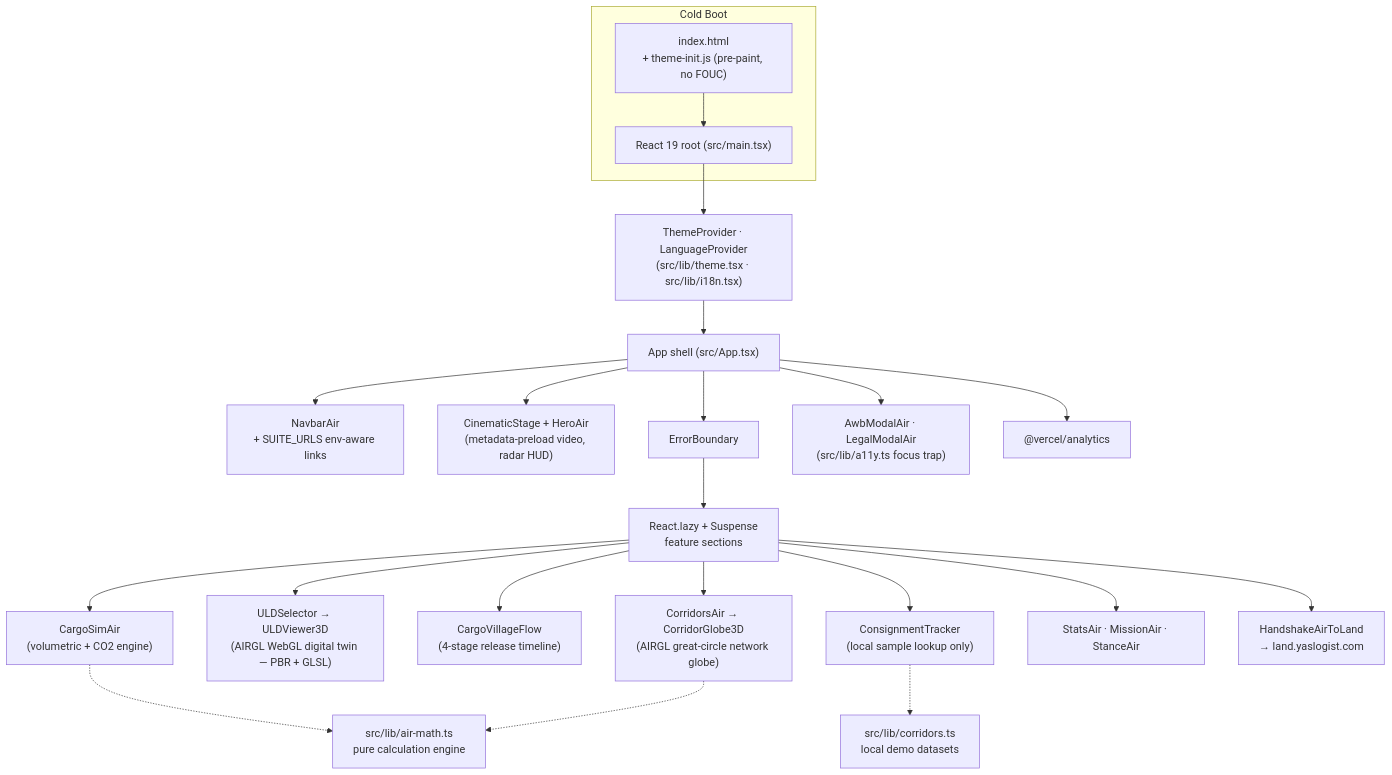
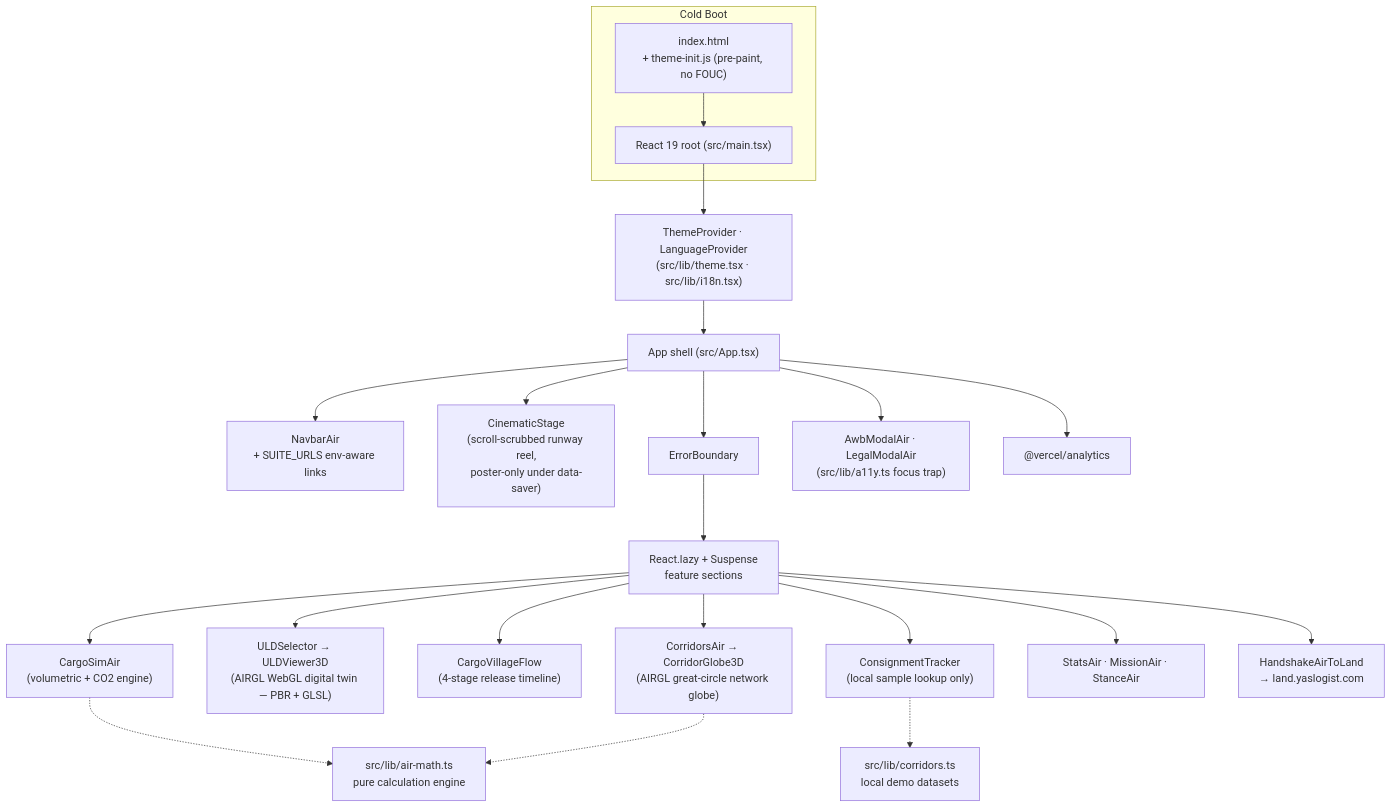
One commit to YASLOGIST/air changed the first of 4 diagrams in README.md. Above: the diagram before and after it, drawn with Mermaid. The commit also changed other lines of this file and 29 other files, not shown here.

````diff
--- a/README.md
+++ b/README.md
@@ -41,29 +41,29 @@
 ```mermaid
 flowchart TD
     subgraph Boot["Cold Boot"]
         HTML["index.html\n+ theme-init.js (pre-paint, no FOUC)"] --> Root["React 19 root (src/main.tsx)"]
     end
 
     Root --> Providers["ThemeProvider · LanguageProvider\n(src/lib/theme.tsx · src/lib/i18n.tsx)"]
     Providers --> Shell["App shell (src/App.tsx)"]
 
     Shell --> Nav["NavbarAir\n+ SUITE_URLS env-aware links"]
-    Shell --> Hero["CinematicStage + HeroAir\n(metadata-preload video, radar HUD)"]
+    Shell --> Hero["CinematicStage\n(scroll-scrubbed runway reel,\nposter-only under data-saver)"]
     Shell --> Boundary["ErrorBoundary"]
     Boundary --> Lazy["React.lazy + Suspense\nfeature sections"]
 
     Lazy --> Sim["CargoSimAir\n(volumetric + CO2 engine)"]
     Lazy --> ULD["ULDSelector → ULDViewer3D\n(AIRGL WebGL digital twin — PBR + GLSL)"]
     Lazy --> Village["CargoVillageFlow\n(4-stage release timeline)"]
     Lazy --> Corridors["CorridorsAir → CorridorGlobe3D\n(AIRGL great-circle network globe)"]
     Lazy --> Tracker["ConsignmentTracker\n(local sample lookup only)"]
     Lazy --> Stats["StatsAir · MissionAir · StanceAir"]
     Lazy --> Handshake["HandshakeAirToLand\n→ land.yaslogist.com"]
 
     Sim -.-> Math["src/lib/air-math.ts\npure calculation engine"]
     Corridors -.-> Math
     Tracker -.-> Data["src/lib/corridors.ts\nlocal demo datasets"]
 
     Shell --> Modals["AwbModalAir · LegalModalAir\n(src/lib/a11y.ts focus trap)"]
     Shell --> Analytics["@vercel/analytics"]
 ```
````
